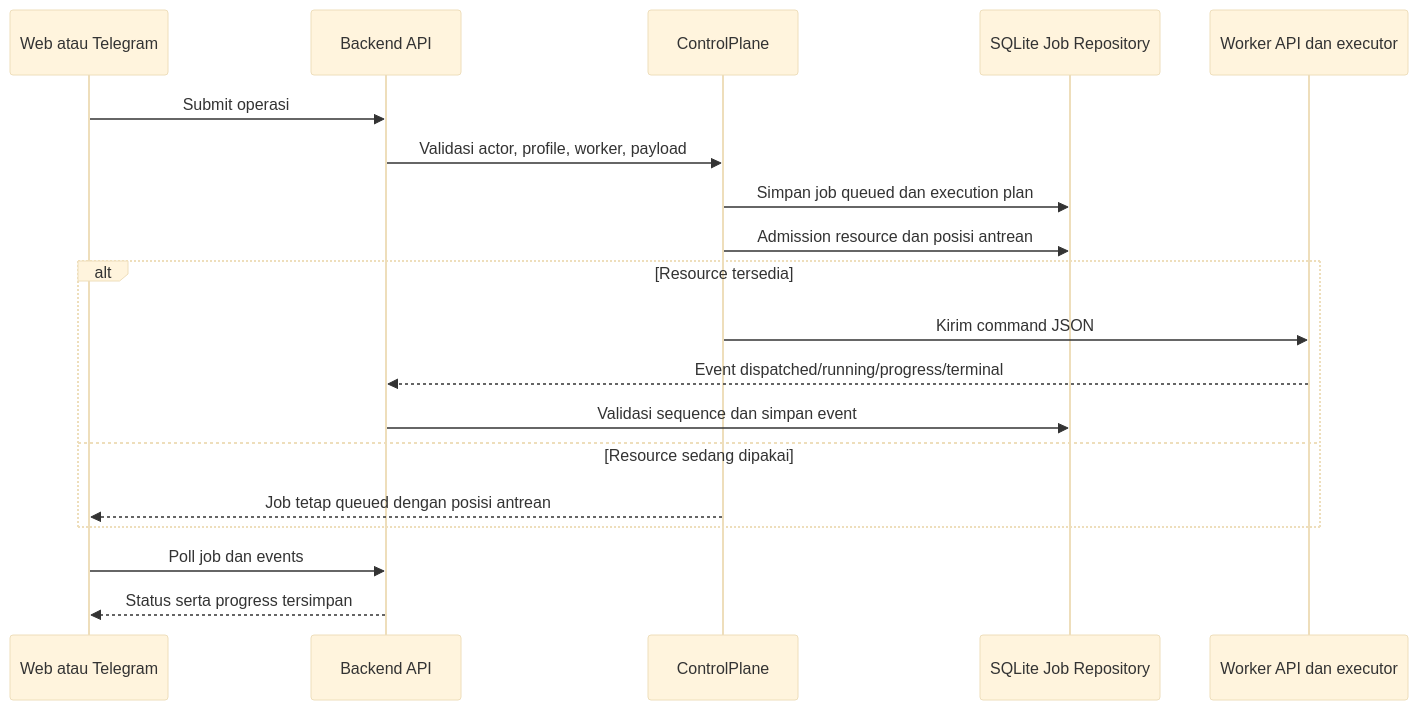
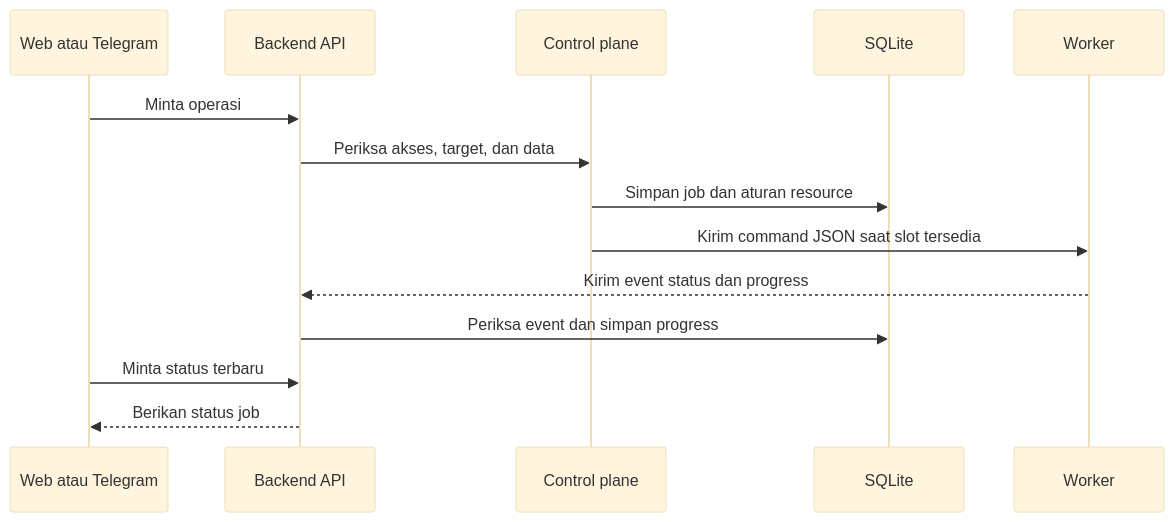
Before and after one commit to nkurnia1031/dockter_bot_tdl: the second of 3 diagrams in docs/ARSITEKTUR_SISTEM.md, drawn with Mermaid (base theme). The commit also changed other lines of this file and 35 other files, not shown here.

````diff
--- a/docs/ARSITEKTUR_SISTEM.md
+++ b/docs/ARSITEKTUR_SISTEM.md
@@ -69,22 +68,17 @@
 ```mermaid
 sequenceDiagram
   participant UI as Web atau Telegram
   participant API as Backend API
-  participant CP as ControlPlane
-  participant Store as SQLite Job Repository
-  participant Worker as Worker API dan executor
+  participant CP as Control plane
+  participant DB as SQLite
+  participant W as Worker
 
-  UI->>API: Submit operasi
-  API->>CP: Validasi actor, profile, worker, payload
-  CP->>Store: Simpan job queued dan execution plan
-  CP->>Store: Admission resource dan posisi antrean
-  alt Resource tersedia
-    CP->>Worker: Kirim command JSON
-    Worker-->>API: Event dispatched/running/progress/terminal
-    API->>Store: Validasi sequence dan simpan event
-  else Resource sedang dipakai
-    CP-->>UI: Job tetap queued dengan posisi antrean
-  end
-  UI->>API: Poll job dan events
-  API-->>UI: Status serta progress tersimpan
+  UI->>API: Minta operasi
+  API->>CP: Periksa akses, target, dan data
+  CP->>DB: Simpan job dan aturan resource
+  CP->>W: Kirim command JSON saat slot tersedia
+  W-->>API: Kirim event status dan progress
+  API->>DB: Periksa event dan simpan progress
+  UI->>API: Minta status terbaru
+  API-->>UI: Berikan status job
 ```
````
